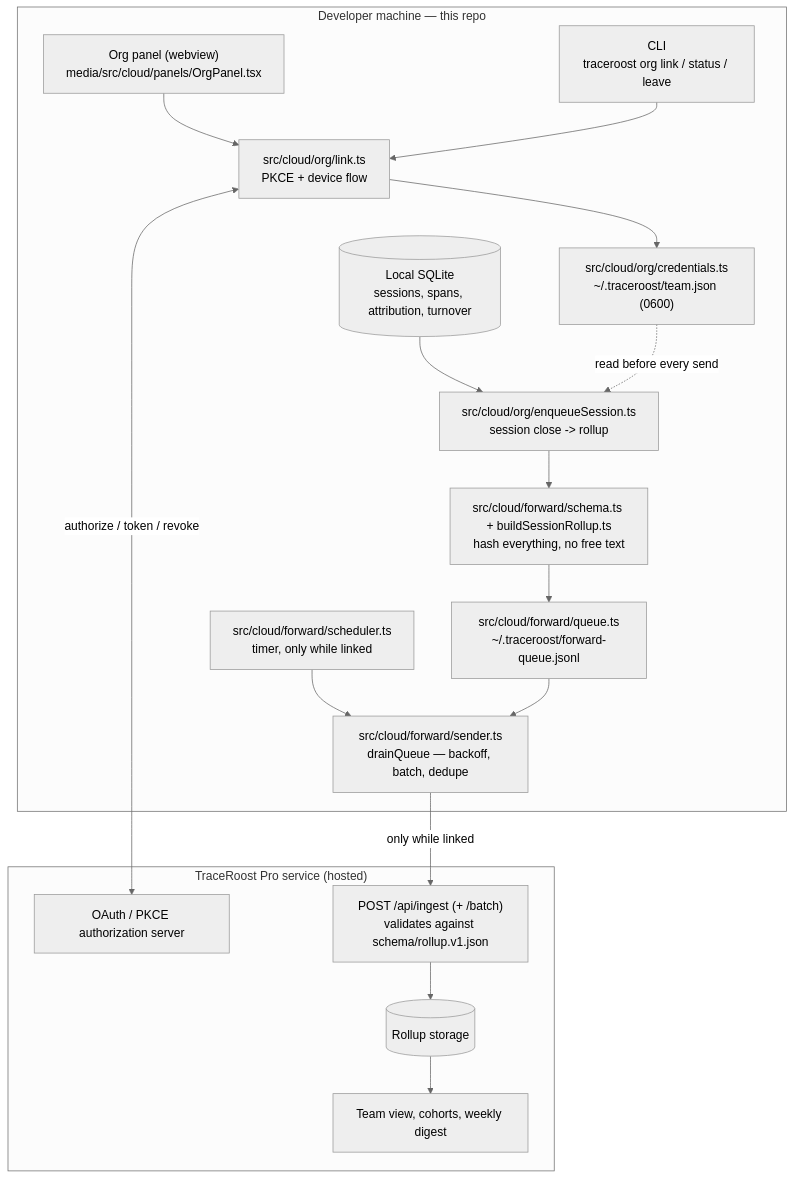
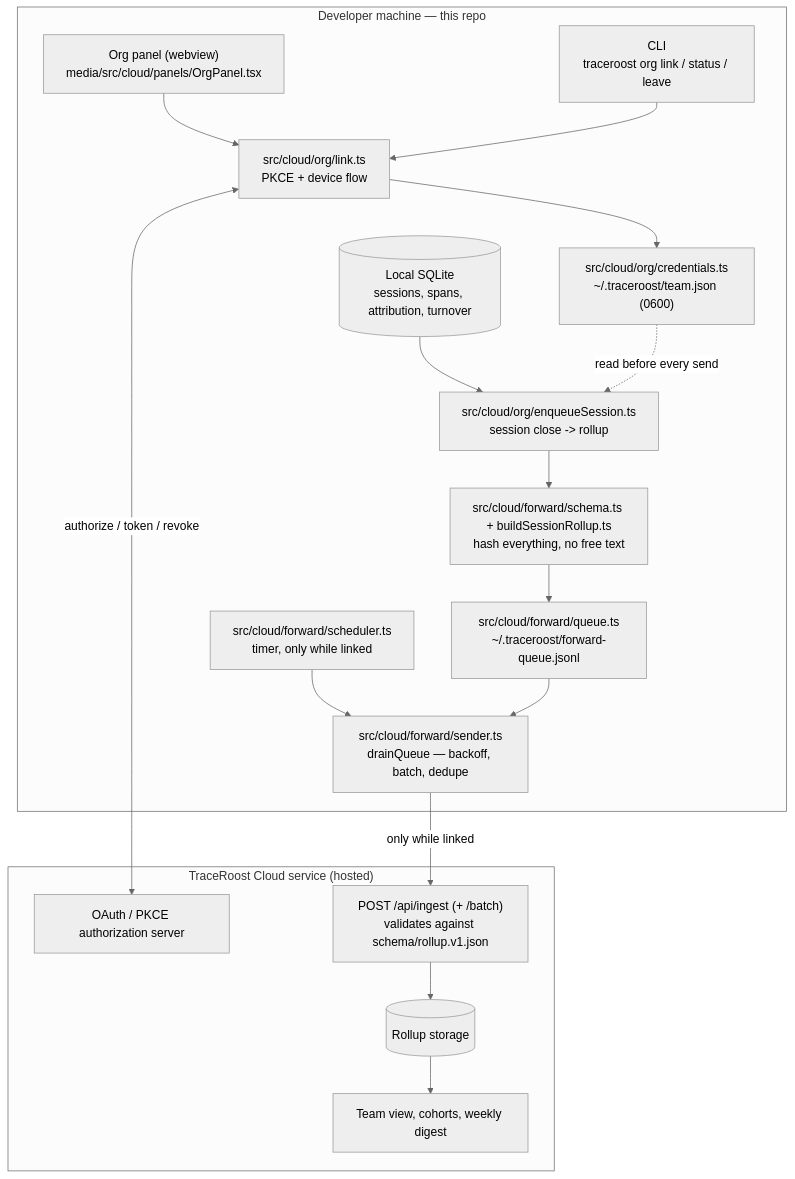
One commit to traceroost/core changed the first of 2 diagrams in CLOUD_ARCHITECTURE.md. Above: the diagram before and after it, drawn with Mermaid (neutral theme). The commit also changed other lines of this file and 33 other files, not shown here.

First line of the commit message:
Rename "TraceRoost Pro" to "TraceRoost Cloud"

````diff
--- a/CLOUD_ARCHITECTURE.md
+++ b/CLOUD_ARCHITECTURE.md
@@ -31,34 +31,34 @@
 ```mermaid
 graph TB
     subgraph Machine["Developer machine — this repo"]
         PANEL["Org panel (webview)<br/>media/src/cloud/panels/OrgPanel.tsx"]
         CLI["CLI<br/>traceroost org link / status / leave"]
         LINK["src/cloud/org/link.ts<br/>PKCE + device flow"]
         CRED["src/cloud/org/credentials.ts<br/>~/.traceroost/team.json (0600)"]
         ENQ["src/cloud/org/enqueueSession.ts<br/>session close -> rollup"]
         SCHEMA["src/cloud/forward/schema.ts + buildSessionRollup.ts<br/>hash everything, no free text"]
         QUEUE["src/cloud/forward/queue.ts<br/>~/.traceroost/forward-queue.jsonl"]
         SCHED["src/cloud/forward/scheduler.ts<br/>timer, only while linked"]
         SEND["src/cloud/forward/sender.ts<br/>drainQueue — backoff, batch, dedupe"]
         LOCAL[("Local SQLite<br/>sessions, spans, attribution, turnover")]
     end
 
-    subgraph Service["TraceRoost Pro service (hosted)"]
+    subgraph Service["TraceRoost Cloud service (hosted)"]
         OAUTH["OAuth / PKCE authorization server"]
         INGEST["POST /api/ingest (+ /batch)<br/>validates against schema/rollup.v1.json"]
         STORE[("Rollup storage")]
         VIEWS["Team view, cohorts, weekly digest"]
     end
 
     PANEL --> LINK
     CLI --> LINK
     LINK <-->|"authorize / token / revoke"| OAUTH
     LINK --> CRED
     LOCAL --> ENQ
     CRED -.->|"read before every send"| ENQ
     ENQ --> SCHEMA --> QUEUE
     SCHED --> SEND
     QUEUE --> SEND
     SEND -->|"only while linked"| INGEST
     INGEST --> STORE --> VIEWS
 ```
````
